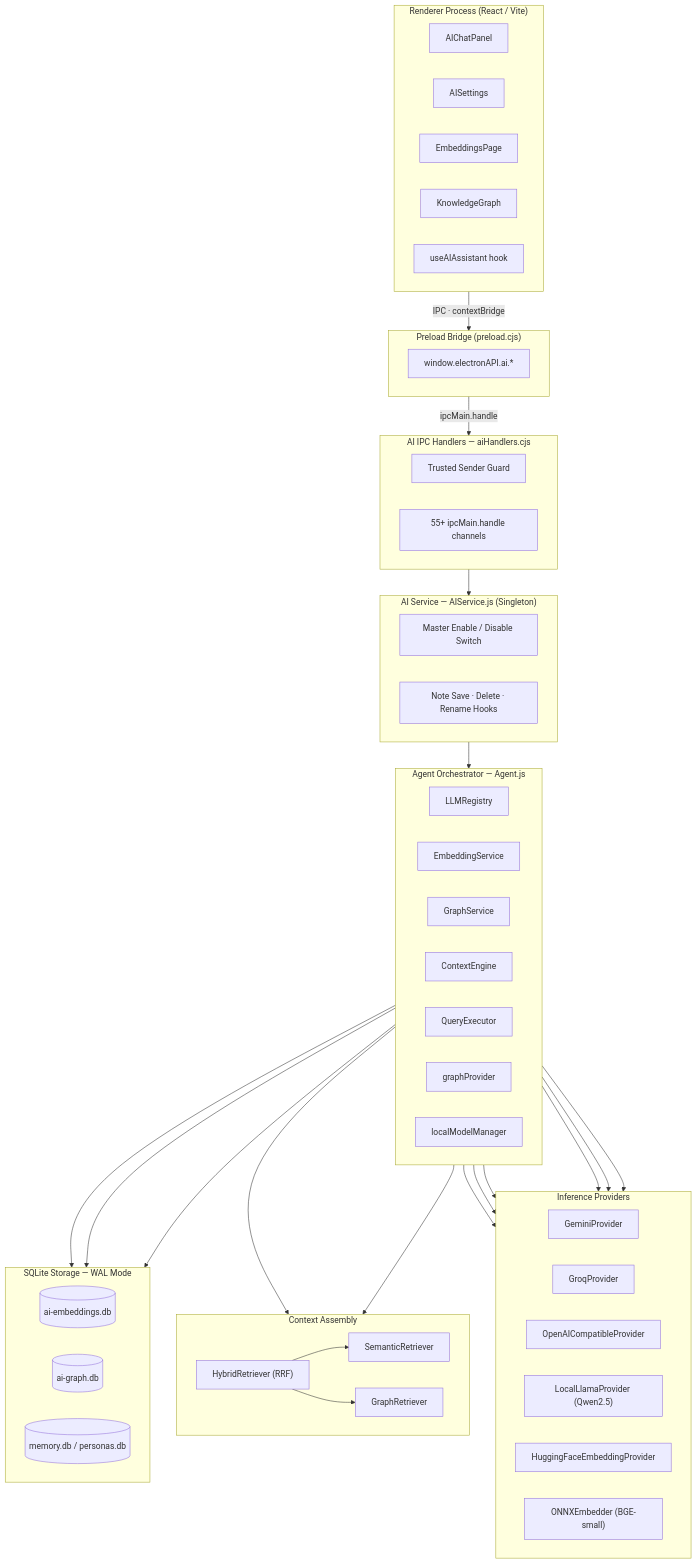
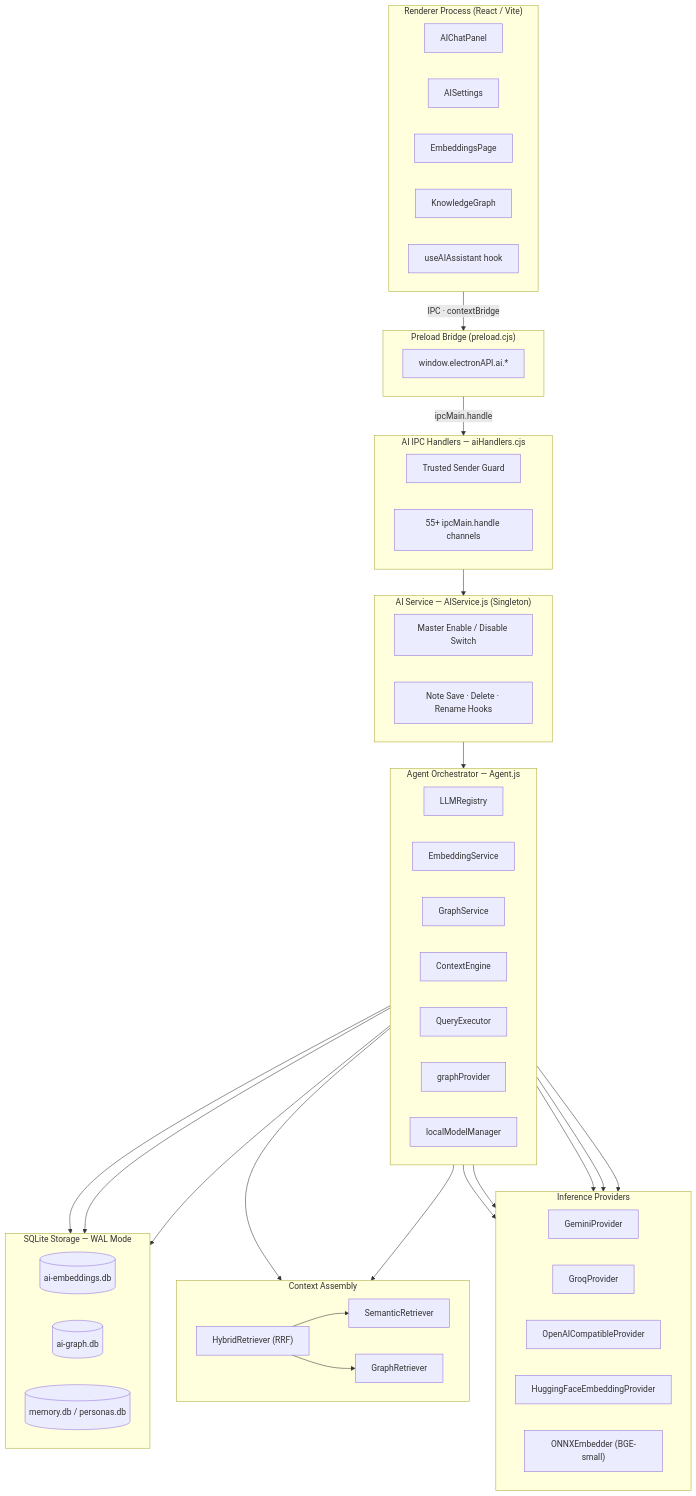
Before and after one commit to TheNotelyApp/Notely: the second of 3 diagrams in docs/architecture.md, drawn with Mermaid. The commit also changed other lines of this file and 21 other files, not shown here.

First line of the commit message:
docs: align docs with current architecture, wire navigation, and fix discrepancies

````diff
--- a/docs/architecture.md
+++ b/docs/architecture.md
@@ -134,59 +134,59 @@
 ```mermaid
 flowchart TD
     subgraph Renderer["Renderer Process (React / Vite)"]
         direction LR
         ACP["AIChatPanel"] & AIS["AISettings"] & EBP["EmbeddingsPage"] & KGV["KnowledgeGraph"]
         UAI["useAIAssistant hook"]
     end
 
     subgraph Preload["Preload Bridge (preload.cjs)"]
         CB["window.electronAPI.ai.*"]
     end
 
     subgraph Handlers["AI IPC Handlers — aiHandlers.cjs"]
         TRUST["Trusted Sender Guard"]
         CHAN["55+ ipcMain.handle channels"]
     end
 
     subgraph AIService["AI Service — AIService.js (Singleton)"]
         SW["Master Enable / Disable Switch"]
         HOOKS["Note Save · Delete · Rename Hooks"]
     end
 
     subgraph Agent["Agent Orchestrator — Agent.js"]
         direction LR
         LR["LLMRegistry"] & ES["EmbeddingService"] & GS["GraphService"] & CE["ContextEngine"] & QE["QueryExecutor"]
         GP["graphProvider"] & LMM["localModelManager"]
     end
 
     subgraph Providers["Inference Providers"]
         direction LR
-        GEM["GeminiProvider"] & GRQ["GroqProvider"] & OAI["OpenAICompatibleProvider"] & LLP["LocalLlamaProvider (Qwen2.5)"]
+        GEM["GeminiProvider"] & GRQ["GroqProvider"] & OAI["OpenAICompatibleProvider"]
         HFEP["HuggingFaceEmbeddingProvider"] & ONNXE["ONNXEmbedder (BGE-small)"]
     end
 
     subgraph Retrieval["Context Assembly"]
         direction LR
         SR["SemanticRetriever"] & GR["GraphRetriever"] & HR["HybridRetriever (RRF)"]
     end
 
     subgraph Storage["SQLite Storage — WAL Mode"]
         direction LR
         EMBDB[("ai-embeddings.db")] & GRDB[("ai-graph.db")] & MEMDB[("memory.db / personas.db")]
     end
 
     Renderer -->|"IPC · contextBridge"| Preload
     Preload -->|"ipcMain.handle"| Handlers
     Handlers --> AIService
     AIService --> Agent
 
-    LR --> GEM & GRQ & OAI & LLP
+    LR --> GEM & GRQ & OAI
     ES --> HFEP & ONNXE
 
     CE --> SR & GR
     HR --> SR & GR
 
     ES --> EMBDB
     GS --> GRDB
     CE --> MEMDB
 ```
````
